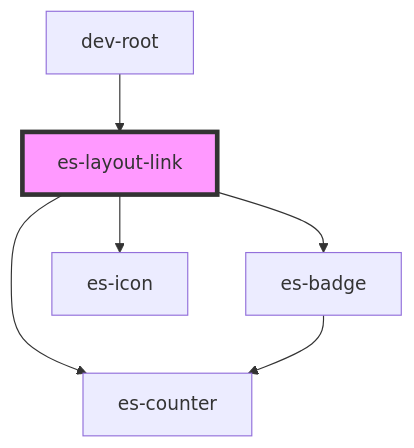
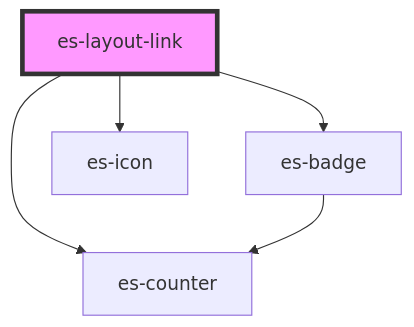
One commit to EventStore/Design-System changed the diagram in packages/layout/src/components/es-layout-link/readme.md. Above: the diagram before and after it, drawn with Mermaid. The commit also changed other lines of this file and 20 other files, not shown here.

Commit message:
Make es-nav leaves optionally strict - don't default to strict - add option to re-enable it - move dev-root to be a .demo component

````diff
--- a/packages/layout/src/components/es-layout-link/readme.md
+++ b/packages/layout/src/components/es-layout-link/readme.md
@@ -147,9 +143,8 @@
 ```mermaid
 graph TD;
   es-layout-link --> es-counter
   es-layout-link --> es-badge
   es-layout-link --> es-icon
   es-badge --> es-counter
-  dev-root --> es-layout-link
   style es-layout-link fill:#f9f,stroke:#333,stroke-width:4px
 ```
````
